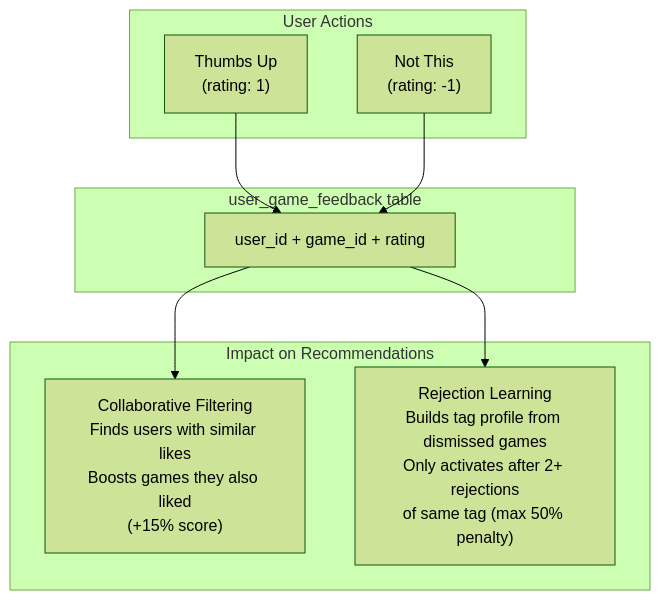
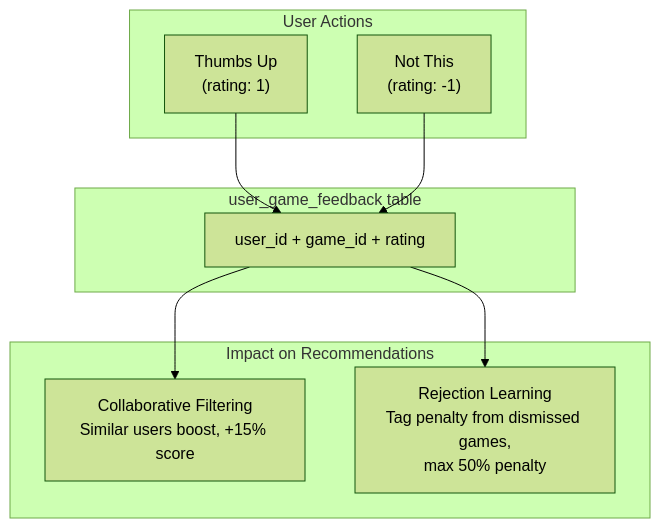
The seventh of 11 diagrams in docs/HACKMD-REVIEW.md (stopitdan/recommendagame), drawn with Mermaid (forest theme) before and after one commit. The commit also changed other lines of this file and 2 other files, not shown here.

First line of the commit message:
Fix mermaid diagrams: simplify nodes that caused 'Unsupported markdown: list'

````diff
--- a/docs/HACKMD-REVIEW.md
+++ b/docs/HACKMD-REVIEW.md
@@ -429,19 +429,19 @@
 ```mermaid
 flowchart TD
     subgraph Actions["User Actions"]
         UP["Thumbs Up<br/>(rating: 1)"]
         DOWN["Not This<br/>(rating: -1)"]
     end
 
     subgraph Storage["user_game_feedback table"]
         FB["user_id + game_id + rating"]
     end
 
     subgraph Effects["Impact on Recommendations"]
-        CF["Collaborative Filtering<br/>Finds users with similar likes<br/>Boosts games they also liked<br/>(+15% score)"]
-        REJ["Rejection Learning<br/>Builds tag profile from dismissed games<br/>Only activates after 2+ rejections<br/>of same tag (max 50% penalty)"]
+        CF["Collaborative Filtering<br/>Similar users boost, +15% score"]
+        REJ["Rejection Learning<br/>Tag penalty from dismissed games,<br/>max 50% penalty"]
     end
 
     UP --> FB --> CF
     DOWN --> FB --> REJ
 ```
````
